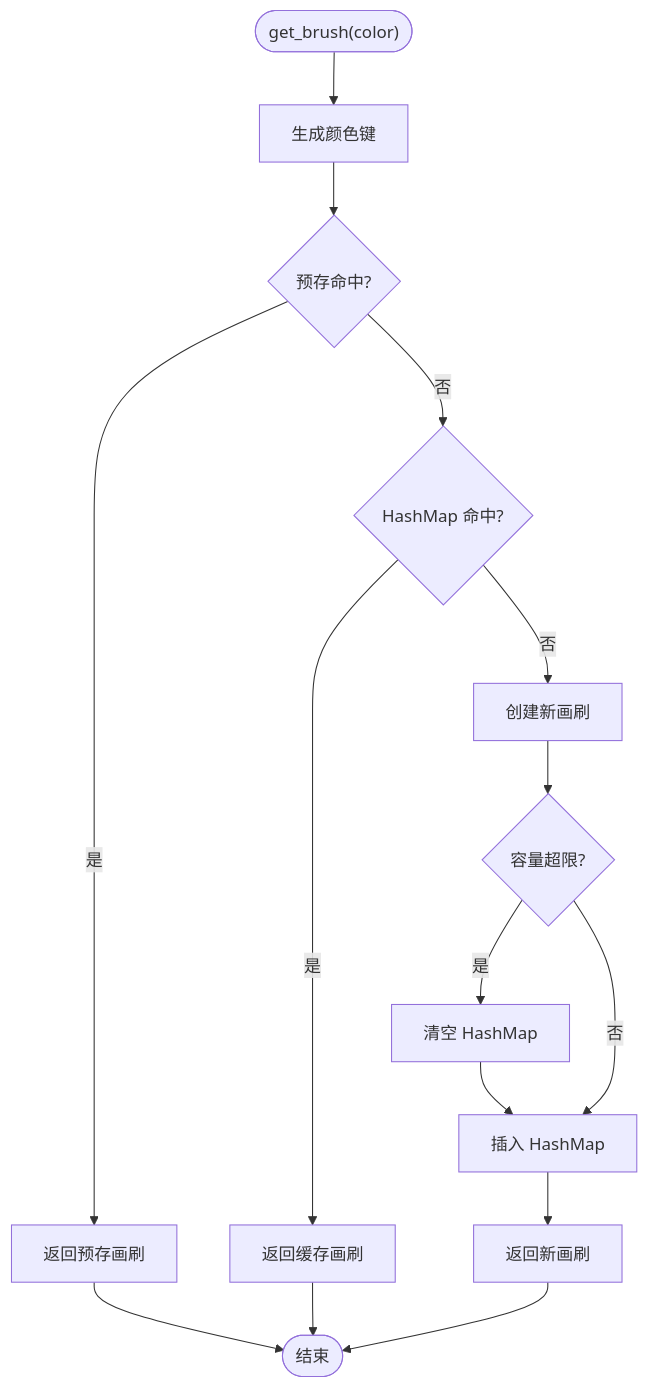
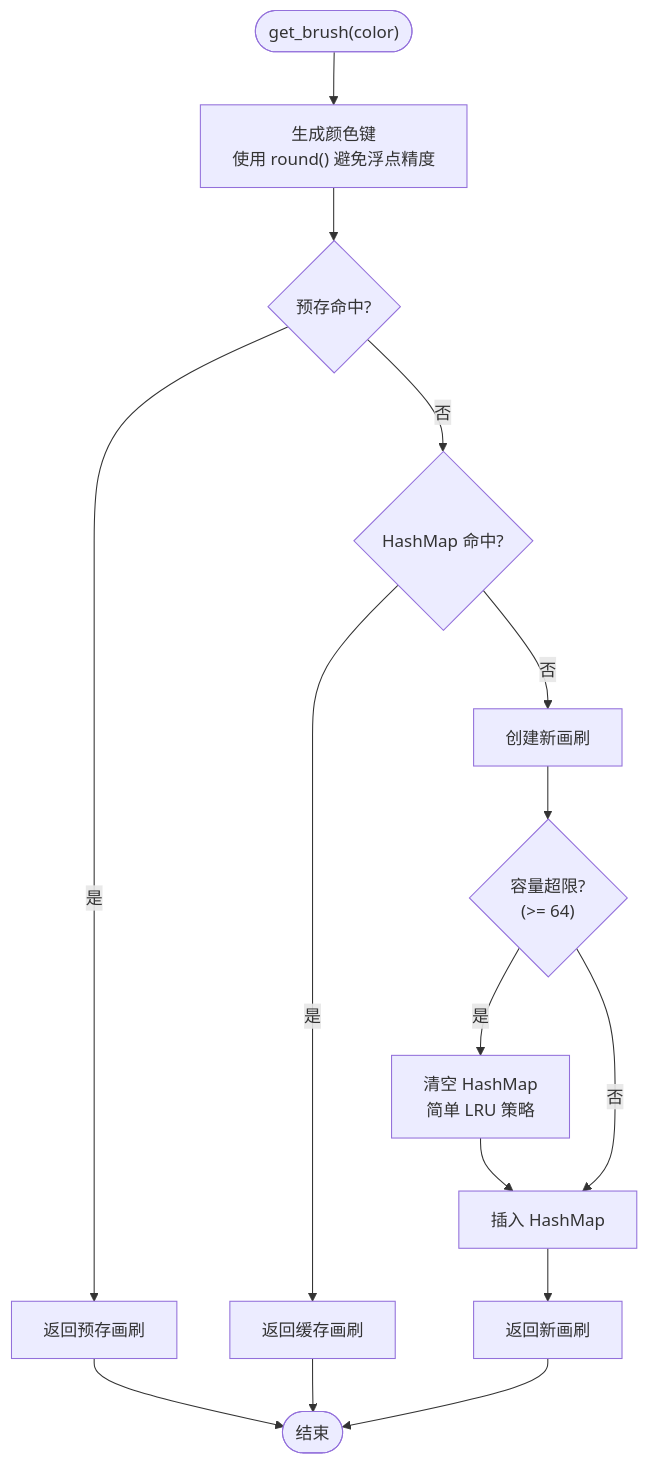
One commit to aetherstudio-cn/AetherStudio changed the fourth of 8 diagrams in .qoder/repowiki/zh/content/渲染引擎/Direct2D 渲染.md. Above: the diagram before and after it, drawn with Mermaid. The commit also changed other lines of this file and 17 other files, not shown here.

````diff
--- a/.qoder/repowiki/zh/content/渲染引擎/Direct2D 渲染.md
+++ b/.qoder/repowiki/zh/content/渲染引擎/Direct2D 渲染.md
@@ -184,17 +195,17 @@
 ```mermaid
 flowchart TD
-Start(["get_brush(color)"]) --> Key["生成颜色键"]
+Start(["get_brush(color)"]) --> Key["生成颜色键<br/>使用 round() 避免浮点精度"]
 Key --> Pre{"预存命中?"}
 Pre -- 是 --> ReturnPre["返回预存画刷"]
 Pre -- 否 --> Map{"HashMap 命中?"}
 Map -- 是 --> ReturnMap["返回缓存画刷"]
 Map -- 否 --> Create["创建新画刷"]
-Create --> CheckCap{"容量超限?"}
-CheckCap -- 是 --> ClearMap["清空 HashMap"]
+Create --> CheckCap{"容量超限?<br/>(>= 64)"}
+CheckCap -- 是 --> ClearMap["清空 HashMap<br/>简单 LRU 策略"]
 ClearMap --> Insert["插入 HashMap"]
 CheckCap -- 否 --> Insert
 Insert --> ReturnNew["返回新画刷"]
 ReturnPre --> End(["结束"])
 ReturnMap --> End
 ReturnNew --> End
 ```
````
